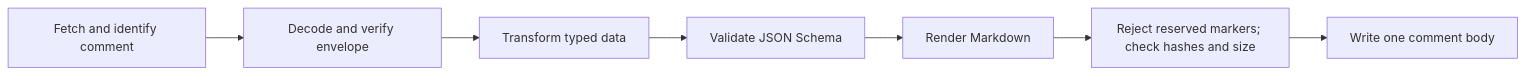
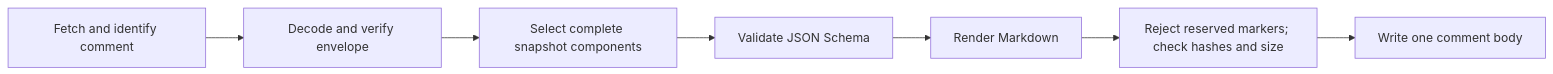
Before and after one commit to ShigureLab/gh-slate: the diagram in docs/cli.md, drawn with Mermaid. The commit also changed other lines of this file and 24 other files, not shown here.

````diff
--- a/docs/cli.md
+++ b/docs/cli.md
@@ -415,9 +412,9 @@
 ```mermaid
 flowchart LR
     A["Fetch and identify comment"] --> B["Decode and verify envelope"]
-    B --> C["Transform typed data"]
+    B --> C["Select complete snapshot components"]
     C --> D["Validate JSON Schema"]
     D --> E["Render Markdown"]
     E --> F["Reject reserved markers; check hashes and size"]
     F --> G["Write one comment body"]
 ```
````
